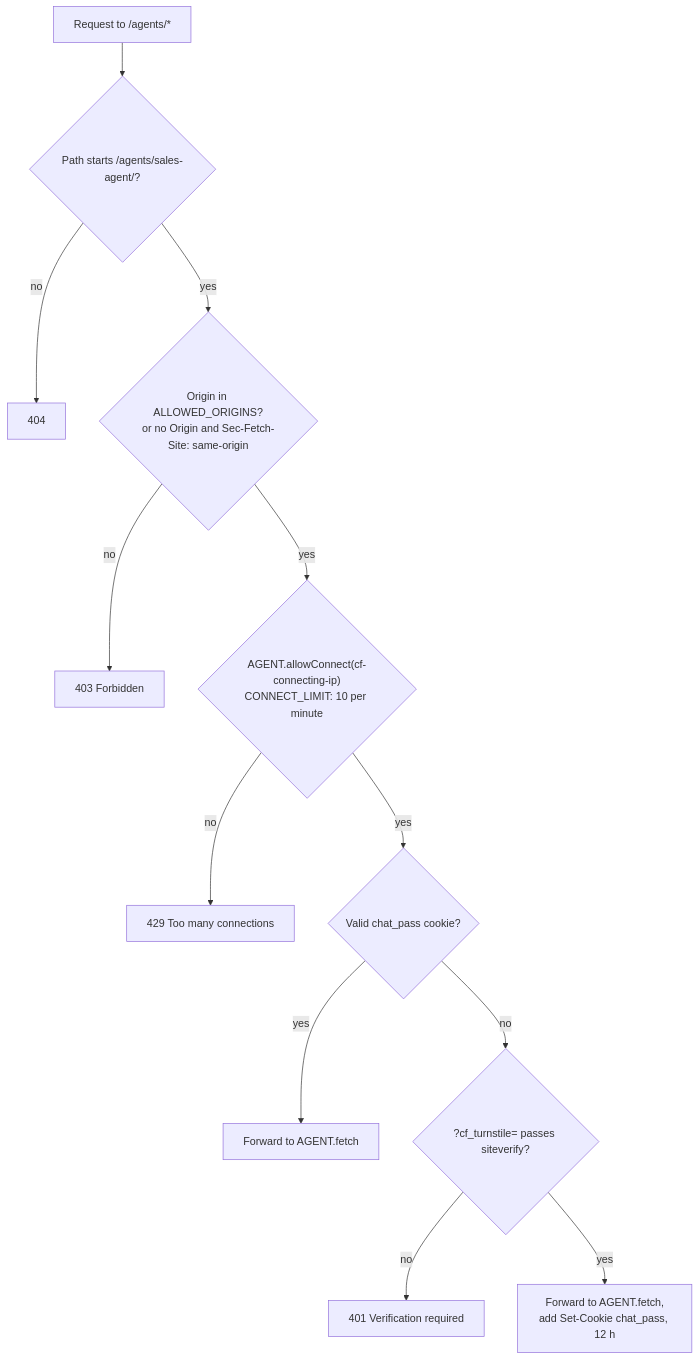
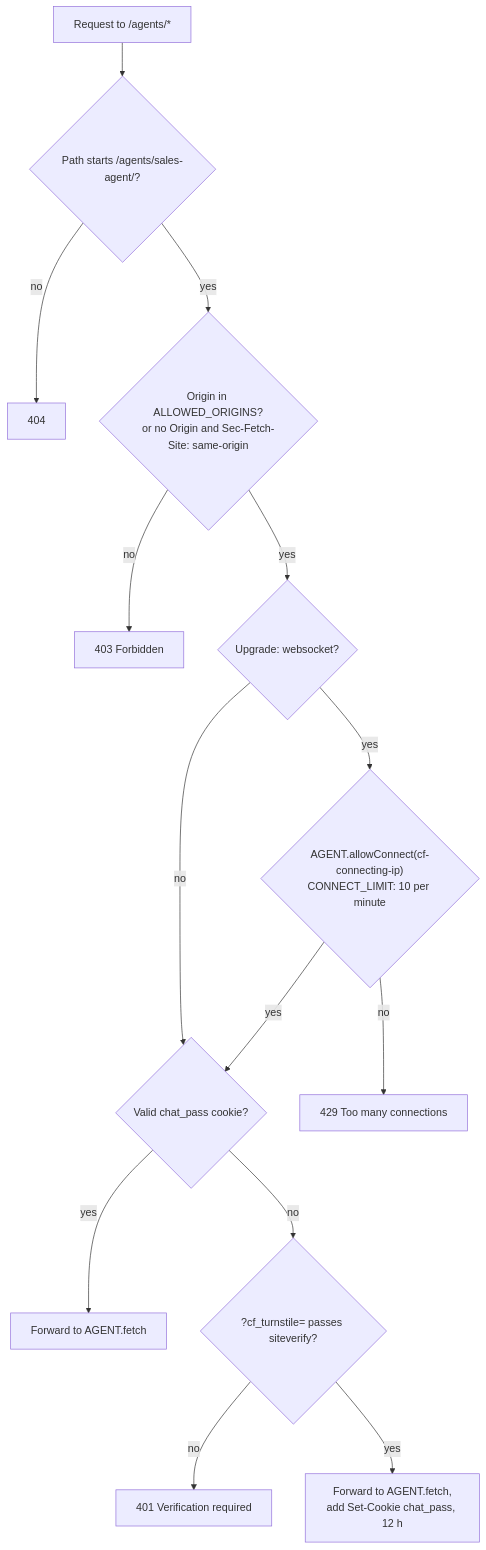
Before and after one commit to randika-srimal/cloudie: the second of 3 diagrams in docs/architecture/overview.md, drawn with Mermaid. The commit also changed other lines of this file and 4 other files, not shown here.

````diff
--- a/docs/architecture/overview.md
+++ b/docs/architecture/overview.md
@@ -33,14 +34,16 @@
 ```mermaid
 flowchart TD
   R[Request to /agents/*] --> P{Path starts /agents/sales-agent/?}
   P -->|no| E404[404]
   P -->|yes| O{Origin in ALLOWED_ORIGINS?<br/>or no Origin and Sec-Fetch-Site: same-origin}
   O -->|no| E403[403 Forbidden]
-  O -->|yes| L{"AGENT.allowConnect(cf-connecting-ip)<br/>CONNECT_LIMIT: 10 per minute"}
+  O -->|yes| U{"Upgrade: websocket?"}
+  U -->|no| C{Valid chat_pass cookie?}
+  U -->|yes| L{"AGENT.allowConnect(cf-connecting-ip)<br/>CONNECT_LIMIT: 10 per minute"}
   L -->|no| E429[429 Too many connections]
-  L -->|yes| C{Valid chat_pass cookie?}
+  L -->|yes| C
   C -->|yes| F[Forward to AGENT.fetch]
   C -->|no| V{"?cf_turnstile= passes siteverify?"}
   V -->|no| E401[401 Verification required]
   V -->|yes| FC[Forward to AGENT.fetch,<br/>add Set-Cookie chat_pass, 12 h]
 ```
````
